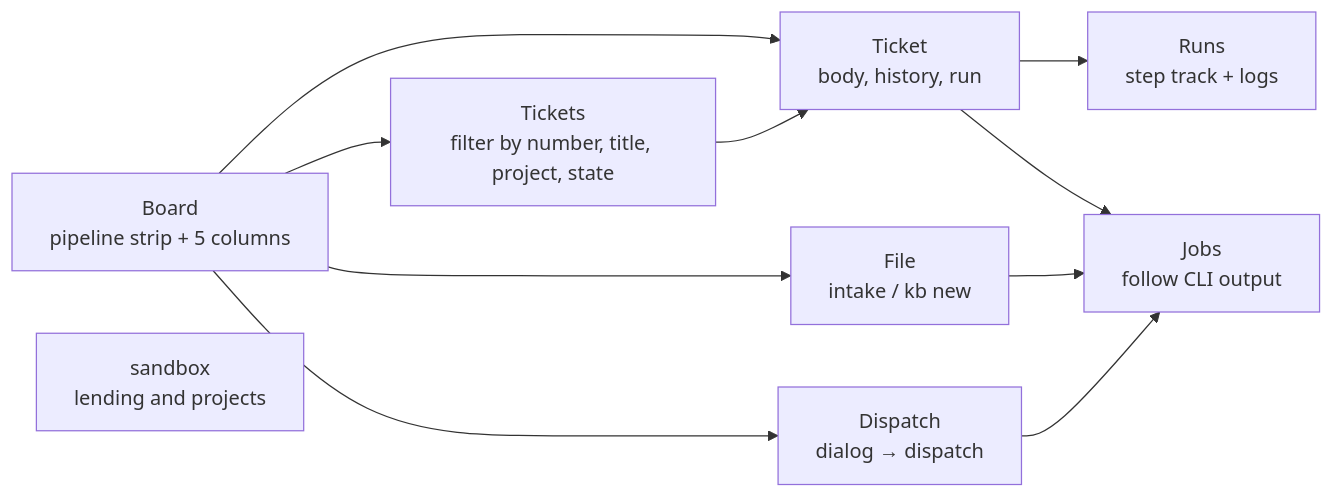
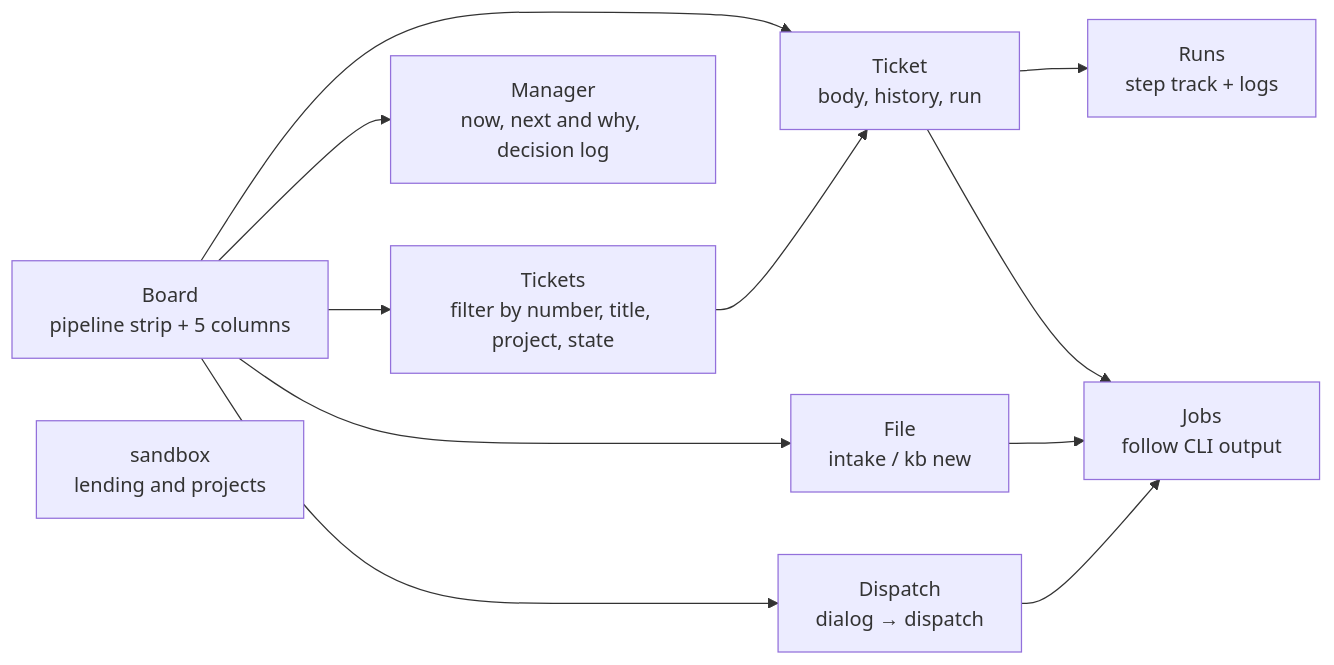
The diagram in website/content/en/guides/console.md (akkijp-oss/aifactory), drawn with Mermaid before and after one commit. The commit also changed other lines of this file and 4 other files, not shown here.

````diff
--- a/website/content/en/guides/console.md
+++ b/website/content/en/guides/console.md
@@ -28,13 +28,14 @@
 ```mermaid
 flowchart LR
   B[Board<br>pipeline strip + 5 columns] --> T[Ticket<br>body, history, run]
+  B --> P[Manager<br>now, next and why, decision log]
   B --> L[Tickets<br>filter by number, title, project, state]
   L --> T
   T --> R[Runs<br>step track + logs]
   B --> I[File<br>intake / kb new]
   B --> D[Dispatch<br>dialog → dispatch]
   D --> J
   I --> J[Jobs<br>follow CLI output]
   T --> J
   S[sandbox<br>lending and projects]
 ```
````
